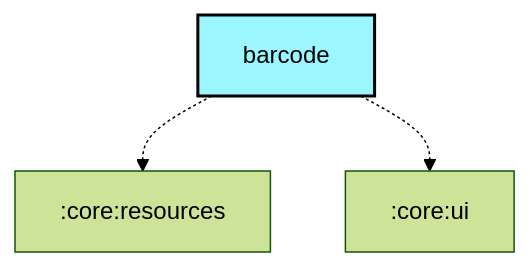
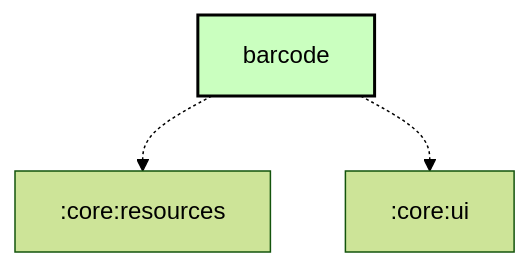
The diagram in core/barcode/README.md (meshtastic/Meshtastic-Android), drawn with Mermaid (forest theme) before and after one commit. The commit also changed 23 other files, not shown here.

Commit message:
chore: Scheduled updates (Firmware, Hardware, Translations, Graphs) (#4773)

````diff
--- a/core/barcode/README.md
+++ b/core/barcode/README.md
@@ -43,17 +43,18 @@
 ```mermaid
 graph TB
-  :core:barcode[barcode]:::android-library
+  :core:barcode[barcode]:::compose-desktop-application
   :core:barcode -.-> :core:resources
   :core:barcode -.-> :core:ui
 
 classDef android-application fill:#CAFFBF,stroke:#000,stroke-width:2px,color:#000;
 classDef android-application-compose fill:#CAFFBF,stroke:#000,stroke-width:2px,color:#000;
+classDef compose-desktop-application fill:#CAFFBF,stroke:#000,stroke-width:2px,color:#000;
 classDef android-feature fill:#FFD6A5,stroke:#000,stroke-width:2px,color:#000;
 classDef android-library fill:#9BF6FF,stroke:#000,stroke-width:2px,color:#000;
 classDef android-library-compose fill:#9BF6FF,stroke:#000,stroke-width:2px,color:#000;
 classDef android-test fill:#A0C4FF,stroke:#000,stroke-width:2px,color:#000;
 classDef jvm-library fill:#BDB2FF,stroke:#000,stroke-width:2px,color:#000;
 classDef kmp-library fill:#FFC1CC,stroke:#000,stroke-width:2px,color:#000;
 classDef unknown fill:#FFADAD,stroke:#000,stroke-width:2px,color:#000;
 
 ```
````
